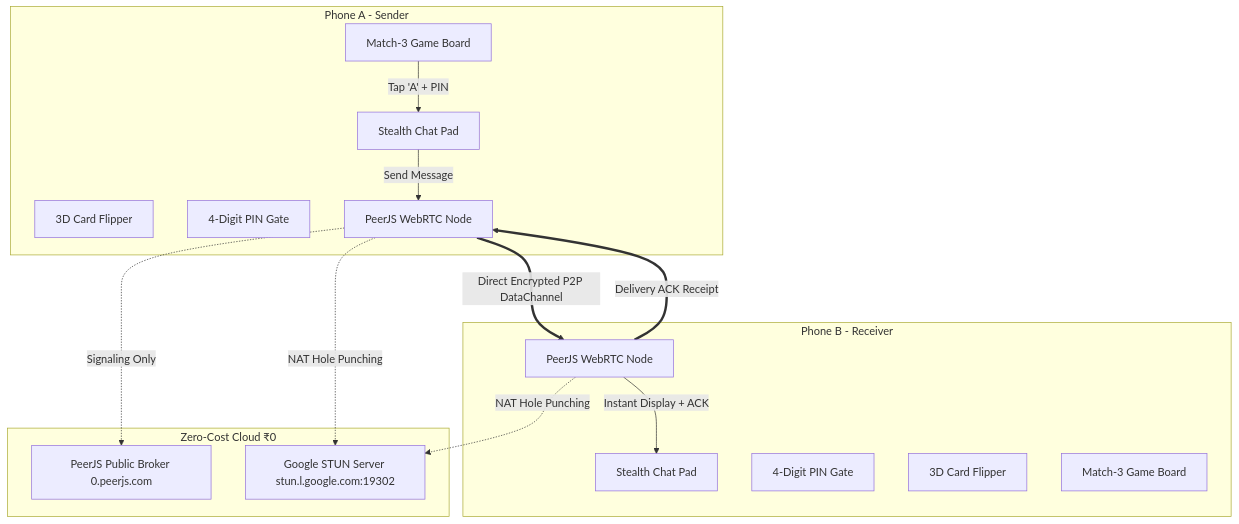
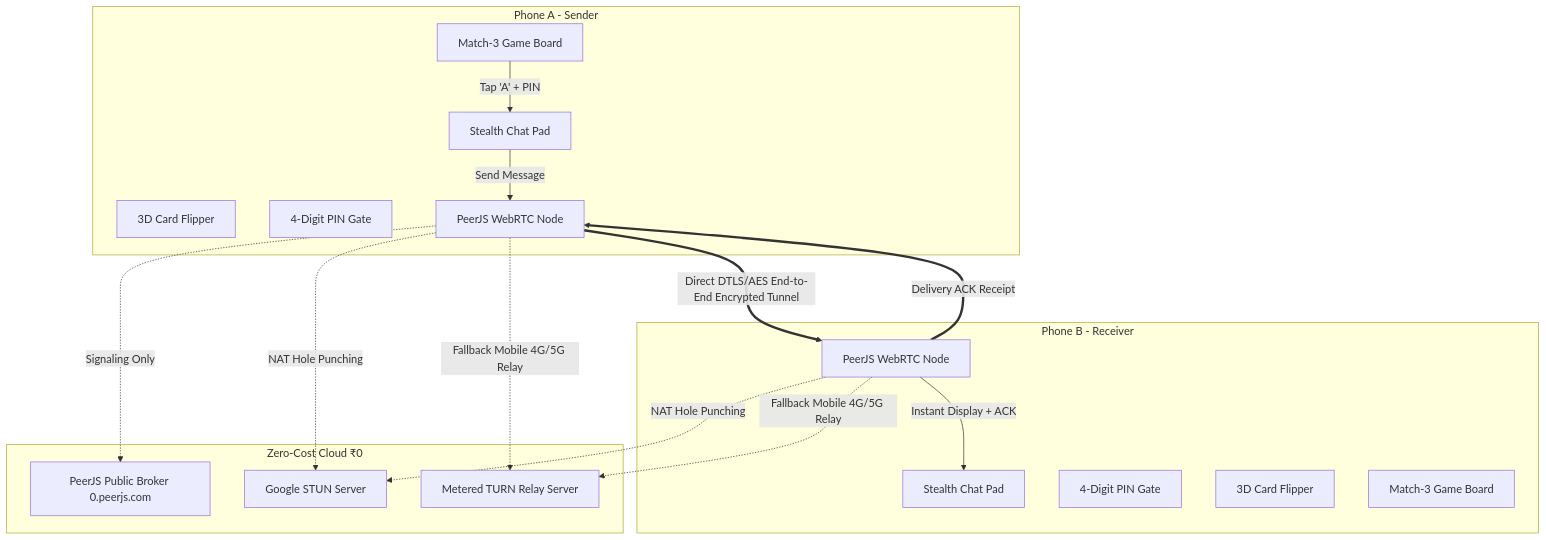
One commit to BogguAjayKumar/flavor-crush-showcase changed the diagram in README.md. Above: the diagram before and after it, drawn with Mermaid. The commit also changed other lines of this file, not shown here.

Commit message:
Highlight End-to-End Encryption (DTLS/AES) and zero cloud database storage

````diff
--- a/README.md
+++ b/README.md
@@ -25,32 +25,35 @@
 ```mermaid
 graph TD
     subgraph Device A [Phone A - Sender]
         UI_A[Match-3 Game Board]
         FLIP_A[3D Card Flipper]
         PIN_A[4-Digit PIN Gate]
         CHAT_A[Stealth Chat Pad]
         PEER_A[PeerJS WebRTC Node]
     end
 
     subgraph Free Infrastructure [Zero-Cost Cloud ₹0]
         SIGNAL[PeerJS Public Broker 0.peerjs.com]
-        STUN[Google STUN Server stun.l.google.com:19302]
+        STUN[Google STUN Server]
+        TURN[Metered TURN Relay Server]
     end
 
     subgraph Device B [Phone B - Receiver]
         PEER_B[PeerJS WebRTC Node]
         CHAT_B[Stealth Chat Pad]
         PIN_B[4-Digit PIN Gate]
         FLIP_B[3D Card Flipper]
         UI_B[Match-3 Game Board]
     end
 
     UI_A -->|Tap 'A' + PIN| CHAT_A
     CHAT_A -->|Send Message| PEER_A
     PEER_A -.->|Signaling Only| SIGNAL
     PEER_A -.->|NAT Hole Punching| STUN
     PEER_B -.->|NAT Hole Punching| STUN
-    PEER_A ==>|Direct Encrypted P2P DataChannel| PEER_B
+    PEER_A -.->|Fallback Mobile 4G/5G Relay| TURN
+    PEER_B -.->|Fallback Mobile 4G/5G Relay| TURN
+    PEER_A ==>|Direct DTLS/AES End-to-End Encrypted Tunnel| PEER_B
     PEER_B -->|Instant Display + ACK| CHAT_B
     PEER_B ==>|Delivery ACK Receipt| PEER_A
 ```
````
